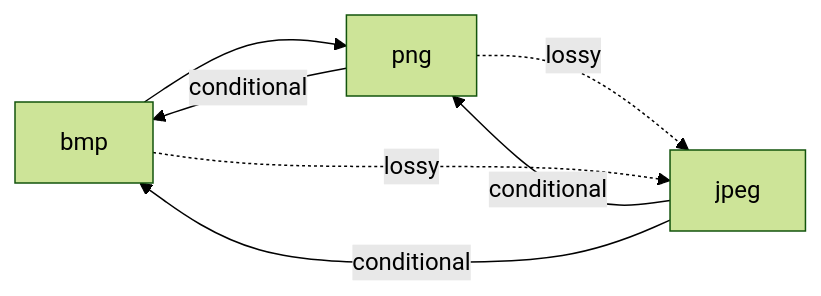
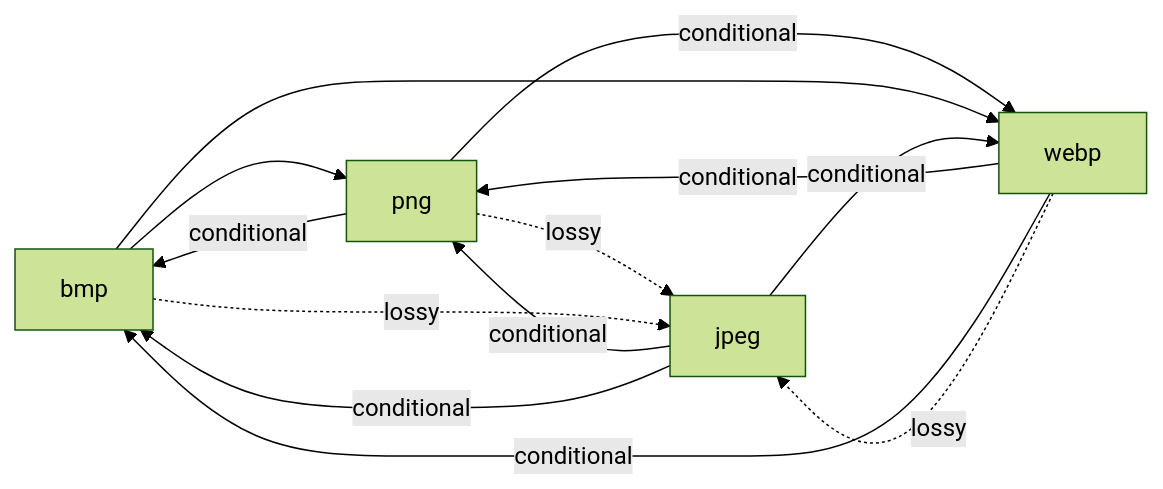
Before and after one commit to Chimi6/Sublime: the third of 4 diagrams in DOCS/FORMATS.md, drawn with Mermaid (forest theme). The commit also changed other lines of this file and 479 other files, not shown here.

````diff
--- a/DOCS/FORMATS.md
+++ b/DOCS/FORMATS.md
@@ -367,12 +380,19 @@
 ```mermaid
 graph LR
   bmp["bmp"]
   jpeg["jpeg"]
   png["png"]
+  webp["webp"]
   png -- conditional --> bmp
   bmp --> png
   jpeg -- conditional --> png
   jpeg -- conditional --> bmp
   png -. lossy .-> jpeg
   bmp -. lossy .-> jpeg
+  webp -- conditional --> png
+  webp -- conditional --> bmp
+  webp -. lossy .-> jpeg
+  png -- conditional --> webp
+  bmp --> webp
+  jpeg -- conditional --> webp
 ```
````
